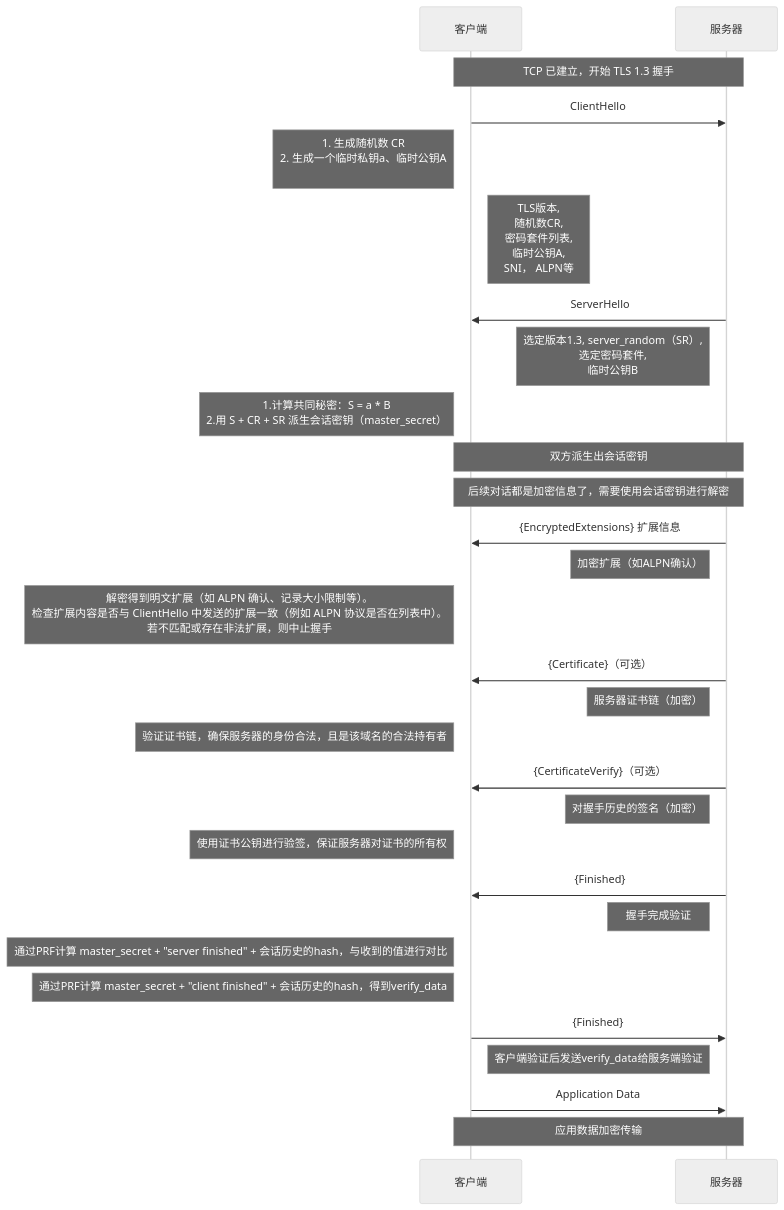
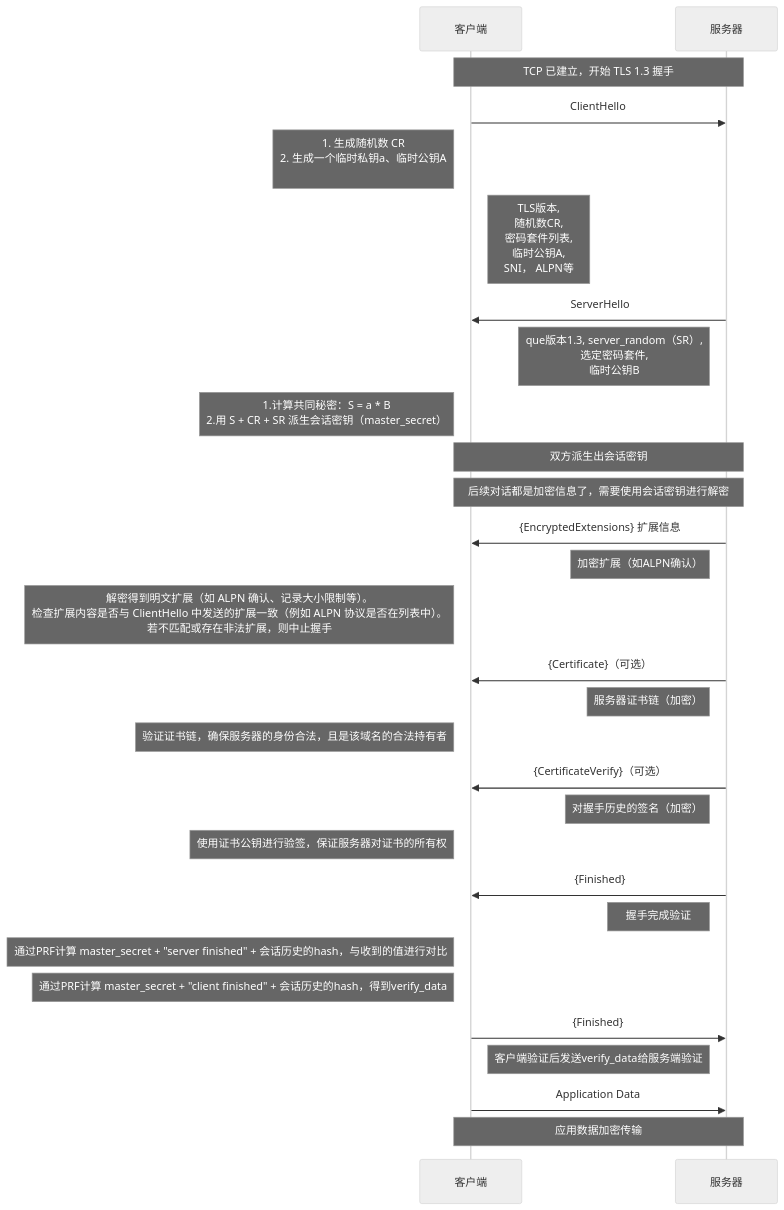
One commit to HY-10-8/iodraw-files changed the diagram in all/TLS-1.3-通用.md. Above: the diagram before and after it, drawn with Mermaid (neutral theme).

Commit message:
2026-03-31 09:31:31 update

````diff
--- a/all/TLS-1.3-通用.md
+++ b/all/TLS-1.3-通用.md
@@ -1,41 +1,41 @@
 ```mermaid
 sequenceDiagram
     participant C as 客户端
     participant S as 服务器
 
     Note over C,S: TCP 已建立，开始 TLS 1.3 握手
 
     C->>S: ClientHello
     Note left of C: 1. 生成随机数 CR<br/> 2. 生成一个临时私钥a、临时公钥A<br/>
     Note right of C: TLS版本,<br/> 随机数CR,<br/> 密码套件列表,<br/> 临时公钥A,<br/> SNI， ALPN等
 
     S->>C: ServerHello
-    Note left of S: 选定版本1.3, server_random（SR）,<br/> 选定密码套件, <br/>临时公钥B
+    Note left of S: que版本1.3, server_random（SR）,<br/> 选定密码套件, <br/>临时公钥B
     Note left of C: 1.计算共同秘密：S = a * B<br/> 2.用 S + CR + SR 派生会话密钥（master_secret）
 
     Note over C,S: 双方派生出会话密钥
     Note over C,S: 后续对话都是加密信息了，需要使用会话密钥进行解密
 
     S->>C: {EncryptedExtensions} 扩展信息
     Note left of S: 加密扩展（如ALPN确认）
     Note left of C: 解密得到明文扩展（如 ALPN 确认、记录大小限制等）。<br/>检查扩展内容是否与 ClientHello 中发送的扩展一致（例如 ALPN 协议是否在列表中）。<br/> 若不匹配或存在非法扩展，则中止握手
 
     S->>C: {Certificate}（可选）
     Note left of S: 服务器证书链（加密）
     Note left of C: 验证证书链，确保服务器的身份合法，且是该域名的合法持有者
 
     S->>C: {CertificateVerify}（可选）
     Note left of S: 对握手历史的签名（加密）
     Note left of C: 使用证书公钥进行验签，保证服务器对证书的所有权
 
     S->>C: {Finished}
     Note left of S: 握手完成验证
     Note left of C: 通过PRF计算 master_secret + "server finished" + 会话历史的hash，与收到的值进行对比
     Note left of C: 通过PRF计算 master_secret + "client finished" + 会话历史的hash，得到verify_data
 
     C->>S: {Finished}
     Note right of C: 客户端验证后发送verify_data给服务端验证
 
     C->>S: Application Data
     Note over C,S: 应用数据加密传输
 ```
````
